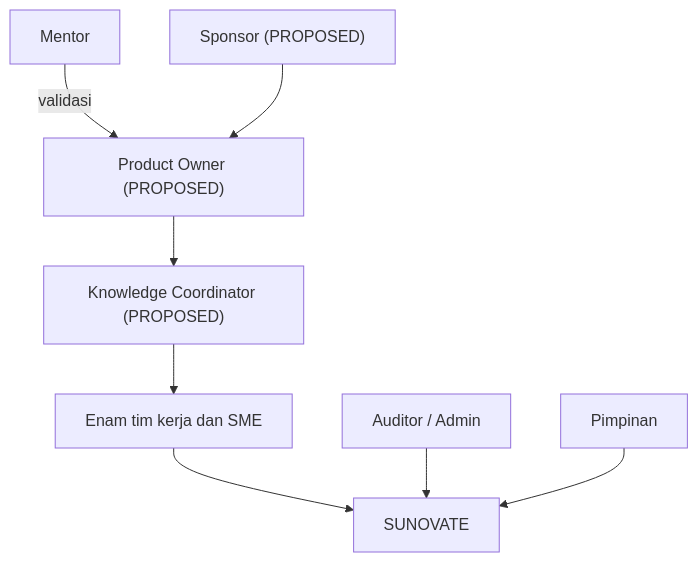
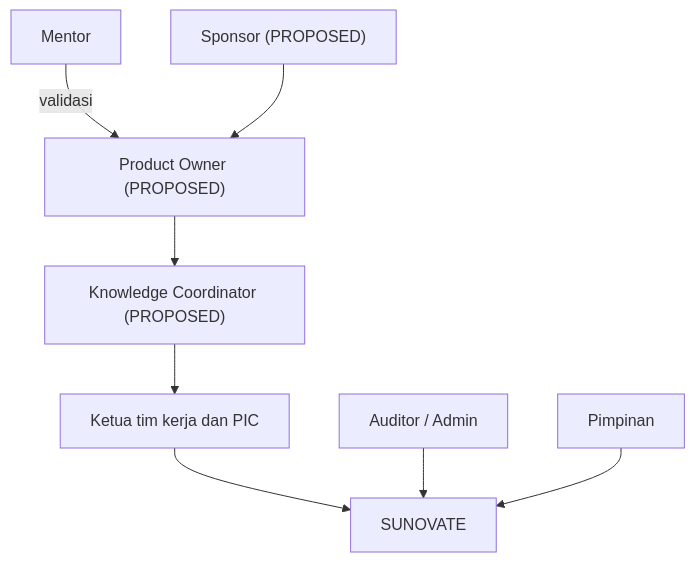
The diagram in docs/00-project/stakeholder-map.md (jundy779/SUNOVATE), drawn with Mermaid before and after one commit. The commit also changed other lines of this file and 43 other files, not shown here.

````diff
--- a/docs/00-project/stakeholder-map.md
+++ b/docs/00-project/stakeholder-map.md
@@ -77,10 +81,10 @@
 ```mermaid
 flowchart TB
     M["Mentor"] -->|"validasi"| PO["Product Owner (PROPOSED)"]
     SP["Sponsor (PROPOSED)"] --> PO
     PO --> KC["Knowledge Coordinator (PROPOSED)"]
-    KC --> T["Enam tim kerja dan SME"]
+    KC --> T["Ketua tim kerja dan PIC"]
     T --> SYS["SUNOVATE"]
     AU["Auditor / Admin"] --> SYS
     PI["Pimpinan"] --> SYS
 ```
````
